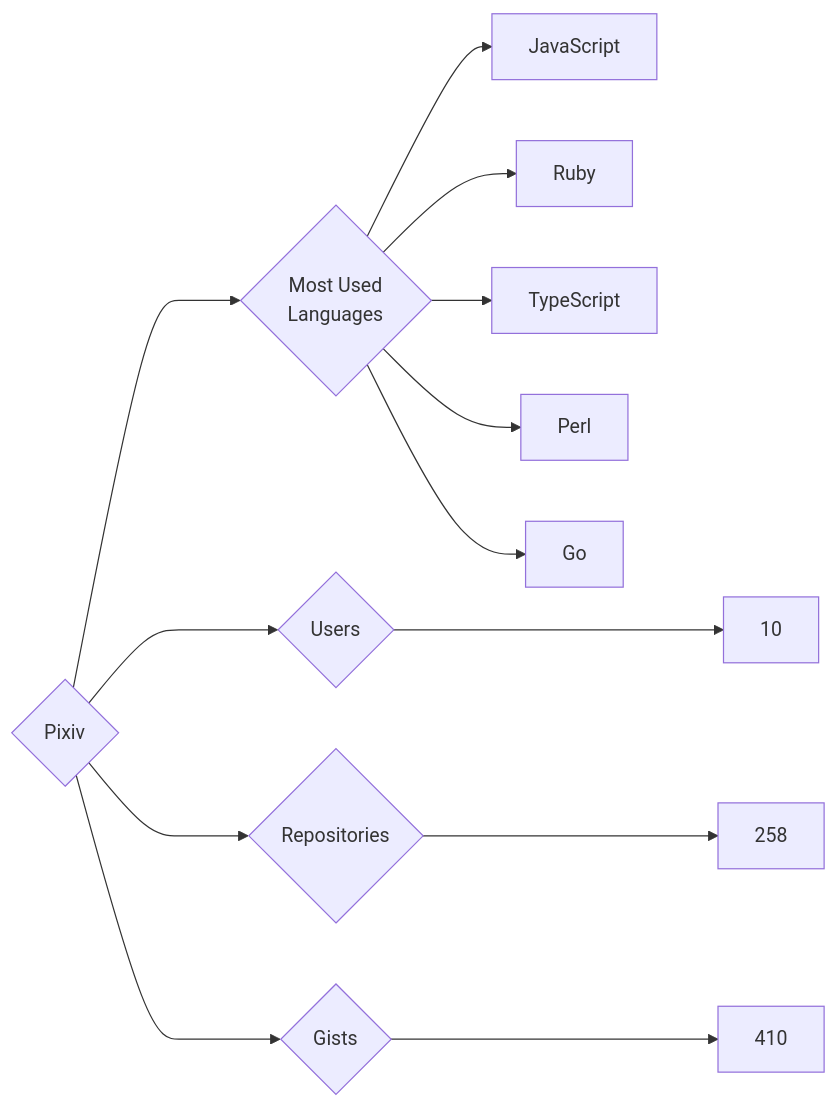
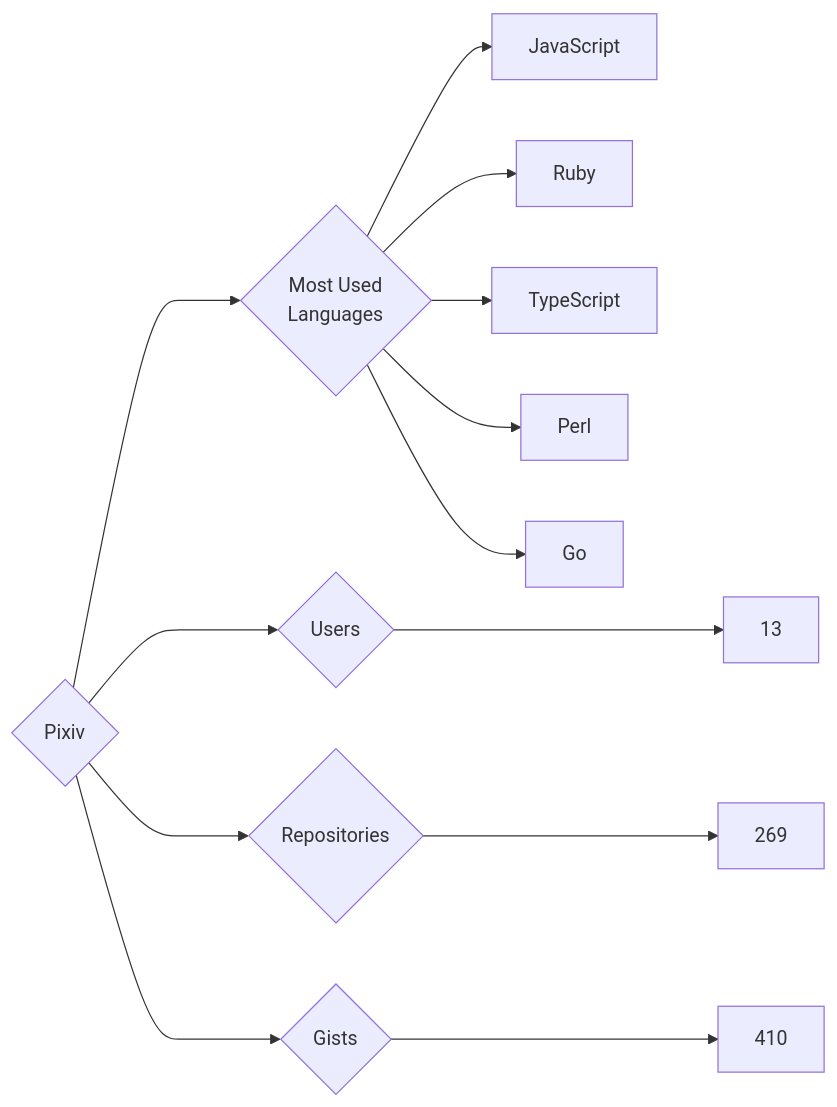
Before and after one commit to trickest/insiders: the diagram in targets/Pixiv/README.md, drawn with Mermaid. The commit also changed 770 other files, not shown here.

````diff
--- a/targets/Pixiv/README.md
+++ b/targets/Pixiv/README.md
@@ -3,13 +3,13 @@
 ```mermaid
 graph LR
 COMPANY_NAME{Pixiv}
-COMPANY_NAME ---> U{Users} ---> UN[10]
-COMPANY_NAME ---> R{Repositories} ---> RN[258]
+COMPANY_NAME ---> U{Users} ---> UN[13]
+COMPANY_NAME ---> R{Repositories} ---> RN[269]
 COMPANY_NAME ---> G{Gists} ---> GN[410]
 COMPANY_NAME ---> ML{Most Used<br>Languages}
 ML --> JavaScript[JavaScript]
 ML --> Ruby[Ruby]
 ML --> TypeScript[TypeScript]
 ML --> Perl[Perl]
 ML --> Go[Go]
 ```
````
